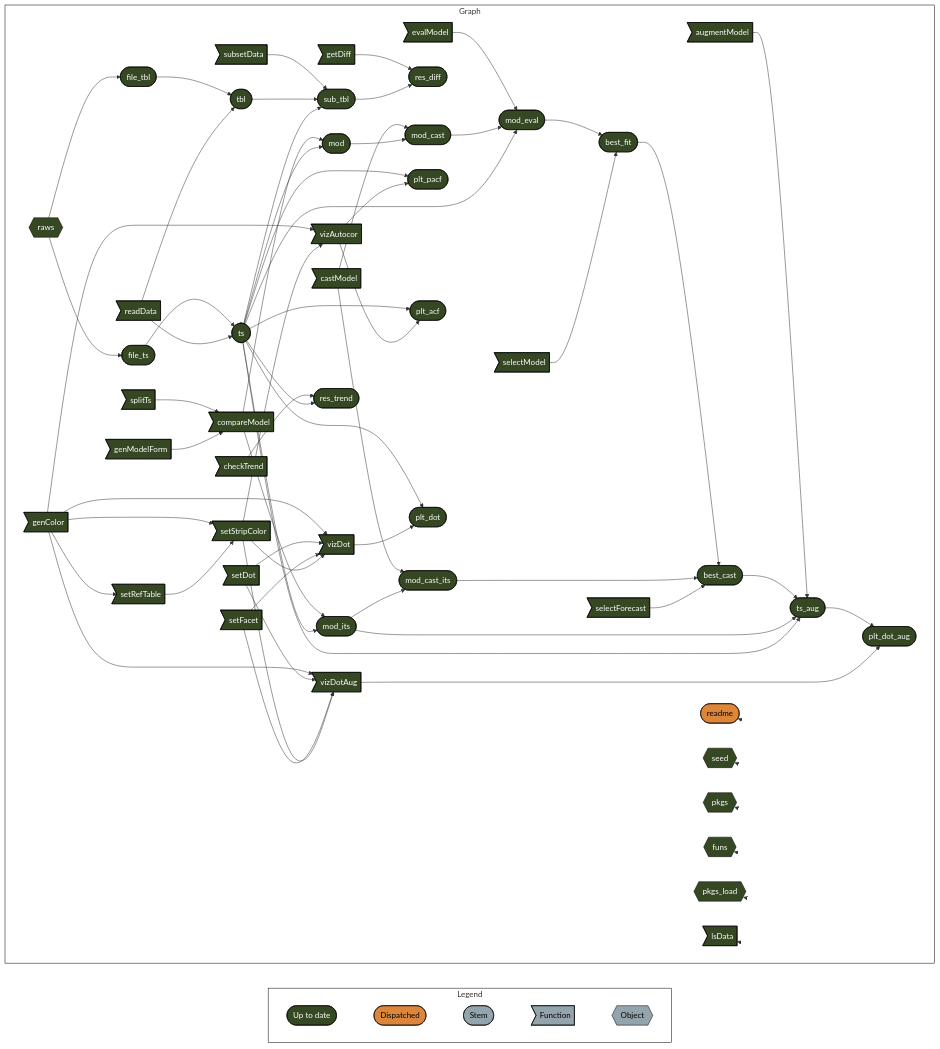
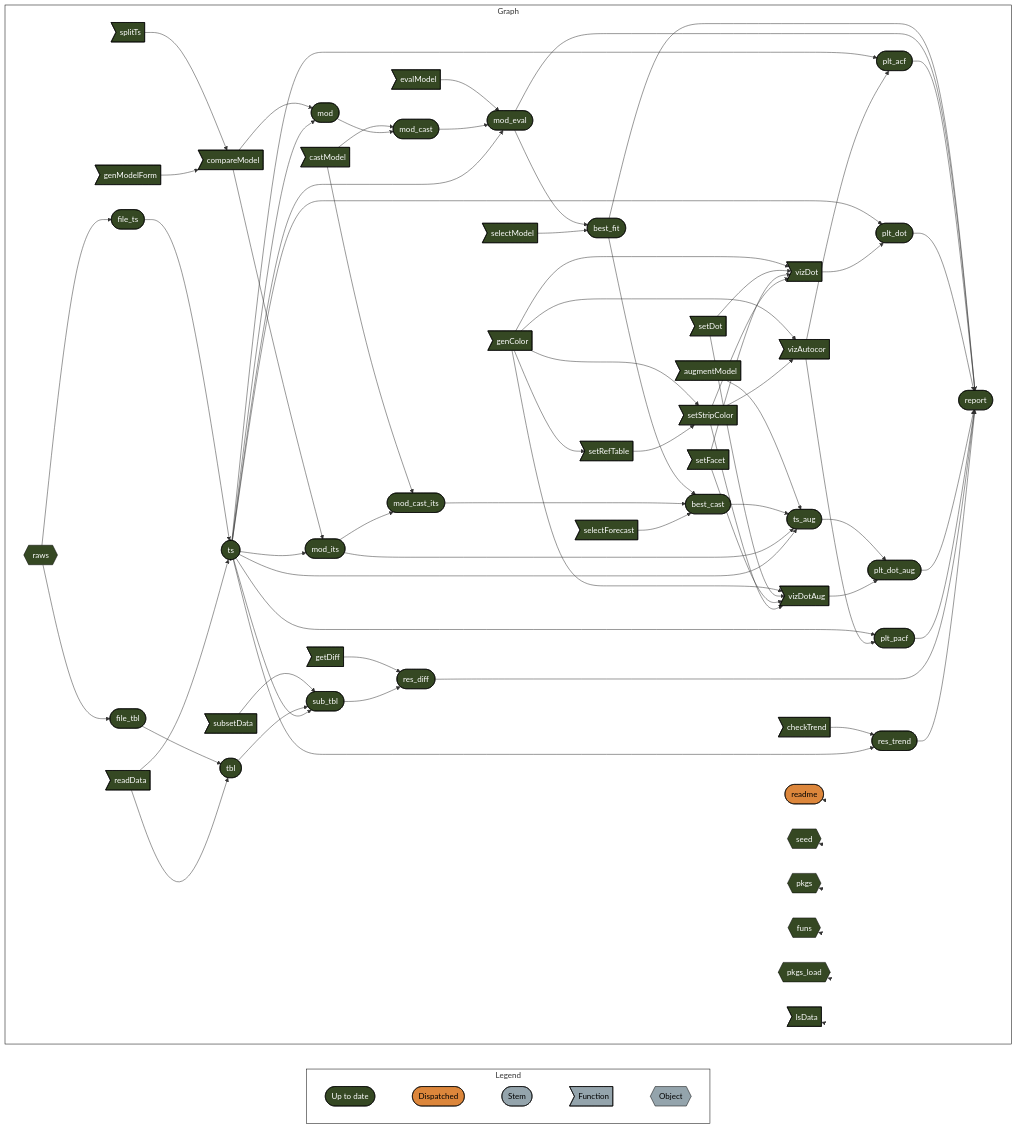
One commit to namakala/method-discrepancy-riskesdas changed the diagram in README.md. Above: the diagram before and after it, drawn with Mermaid. The commit also changed other lines of this file, not shown here.

Commit message:
Update the mermaid diagram

````diff
--- a/README.md
+++ b/README.md
@@ -102,6 +110,14 @@
     x35b4e9316d9a0feb(["best_fit"]):::uptodate --> x03f2053ede238c51(["best_cast"]):::uptodate
     xd5d9f89b36ce2fd3(["mod_cast_its"]):::uptodate --> x03f2053ede238c51(["best_cast"]):::uptodate
     x16fdcdd8569d4e24>"selectForecast"]:::uptodate --> x03f2053ede238c51(["best_cast"]):::uptodate
+    x35b4e9316d9a0feb(["best_fit"]):::uptodate --> xb72891f20a5b8df1(["report"]):::uptodate
+    x0e4824291d40911d(["mod_eval"]):::uptodate --> xb72891f20a5b8df1(["report"]):::uptodate
+    xc590316f7a9c8a5d(["plt_acf"]):::uptodate --> xb72891f20a5b8df1(["report"]):::uptodate
+    x15da876e665e6188(["plt_dot"]):::uptodate --> xb72891f20a5b8df1(["report"]):::uptodate
+    xa96ae55b1b18d8fc(["plt_dot_aug"]):::uptodate --> xb72891f20a5b8df1(["report"]):::uptodate
+    x674283d12376b53b(["plt_pacf"]):::uptodate --> xb72891f20a5b8df1(["report"]):::uptodate
+    x97481d93fc034ba1(["res_diff"]):::uptodate --> xb72891f20a5b8df1(["report"]):::uptodate
+    xbdb43b025d9b1b25(["res_trend"]):::uptodate --> xb72891f20a5b8df1(["report"]):::uptodate
     xc488683e3df4e665(["ts_aug"]):::uptodate --> xa96ae55b1b18d8fc(["plt_dot_aug"]):::uptodate
     x517170a0862823a9>"vizDotAug"]:::uptodate --> xa96ae55b1b18d8fc(["plt_dot_aug"]):::uptodate
     x1a0b2ed0fd224eb0>"augmentModel"]:::uptodate --> xc488683e3df4e665(["ts_aug"]):::uptodate
@@ -150,10 +166,10 @@
   linkStyle 1 stroke-width:0px;
   linkStyle 2 stroke-width:0px;
   linkStyle 3 stroke-width:0px;
-  linkStyle 60 stroke-width:0px;
-  linkStyle 61 stroke-width:0px;
-  linkStyle 62 stroke-width:0px;
-  linkStyle 63 stroke-width:0px;
-  linkStyle 64 stroke-width:0px;
-  linkStyle 65 stroke-width:0px;
+  linkStyle 68 stroke-width:0px;
+  linkStyle 69 stroke-width:0px;
+  linkStyle 70 stroke-width:0px;
+  linkStyle 71 stroke-width:0px;
+  linkStyle 72 stroke-width:0px;
+  linkStyle 73 stroke-width:0px;
 ```
````
